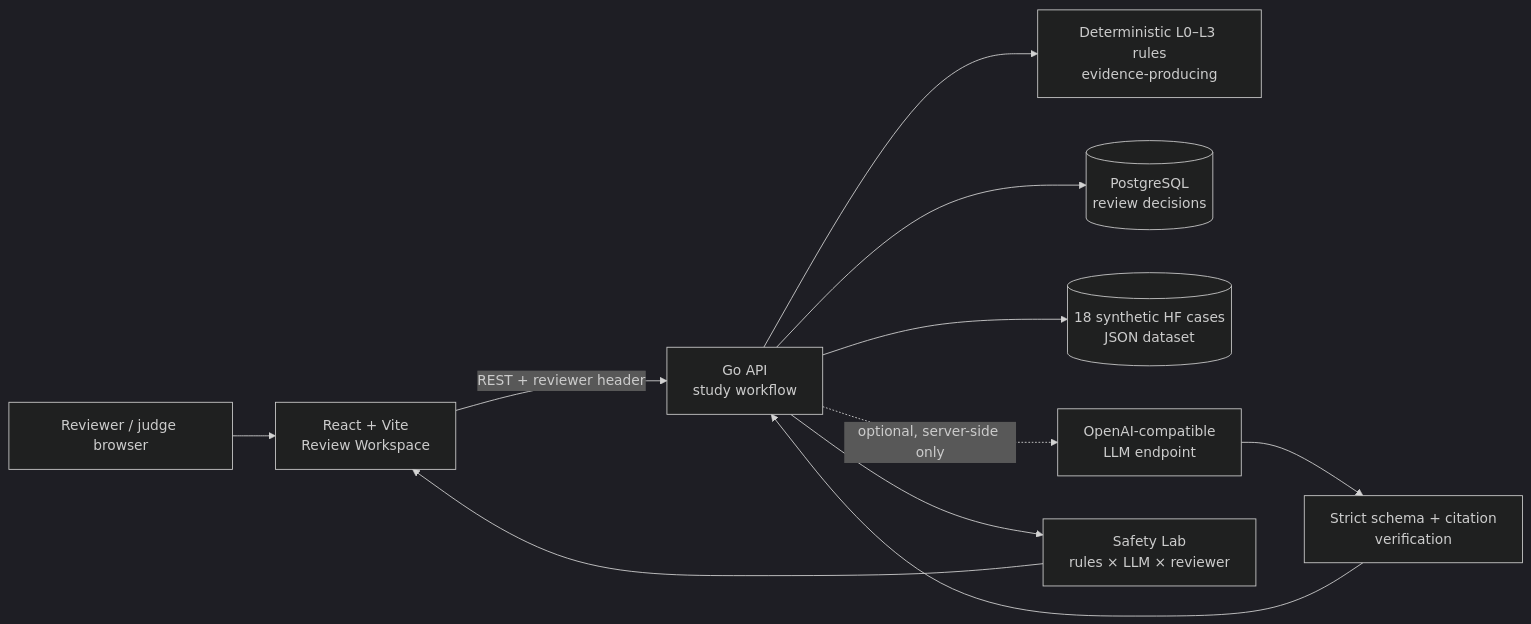
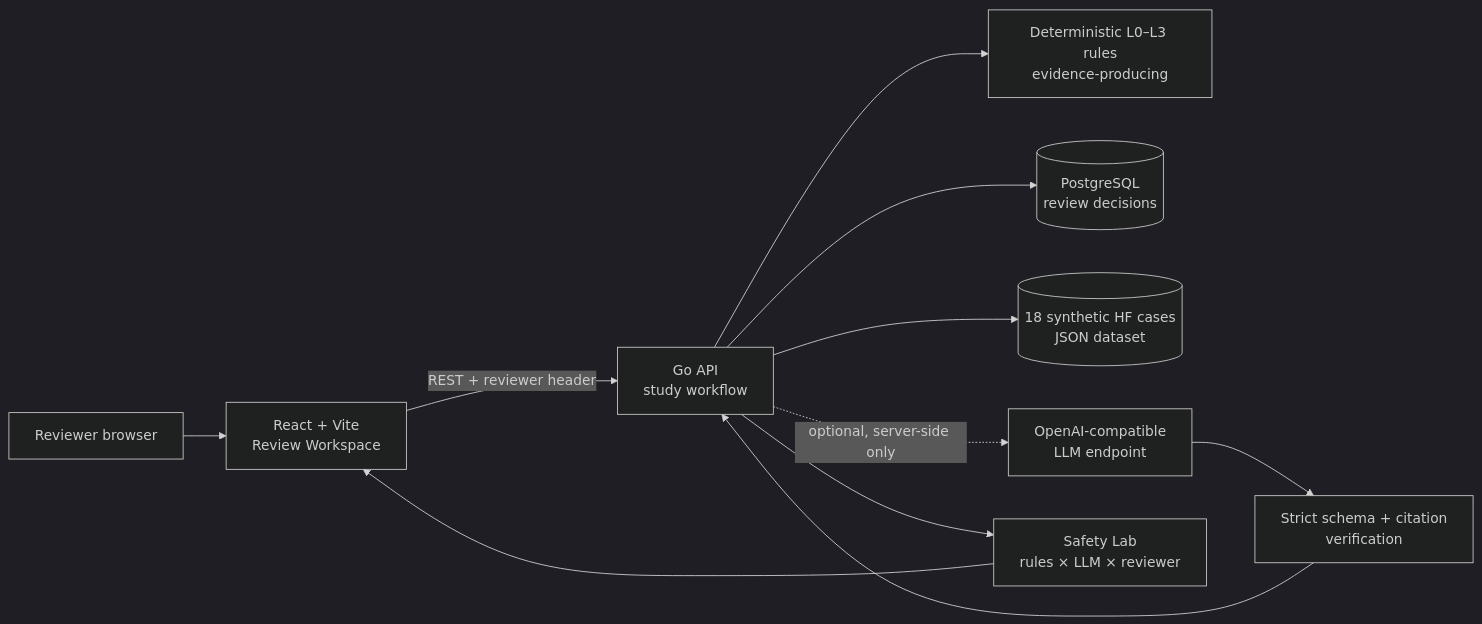
The diagram in README.md (smpebble/HF-Readmit-Agent), drawn with Mermaid (dark theme) before and after one commit. The commit also changed other lines of this file, not shown here.

```diff
--- a/README.md
+++ b/README.md
@@ -137,13 +137,13 @@
 ~~~mermaid
 flowchart LR
-    Judge["Reviewer / judge browser"] --> Web["React + Vite<br/>Review Workspace"]
+    Reviewer["Reviewer browser"] --> Web["React + Vite<br/>Review Workspace"]
     Web -->|REST + reviewer header| API["Go API<br/>study workflow"]
     API --> Rules["Deterministic L0–L3 rules<br/>evidence-producing"]
     API --> DB[("PostgreSQL<br/>review decisions")]
     API --> Dataset[("18 synthetic HF cases<br/>JSON dataset")]
     API -. optional, server-side only .-> LLM["OpenAI-compatible<br/>LLM endpoint"]
     LLM --> Verify["Strict schema + citation<br/>verification"]
     Verify --> API
     API --> Lab["Safety Lab<br/>rules × LLM × reviewer"]
     Lab --> Web
 ~~~
```
